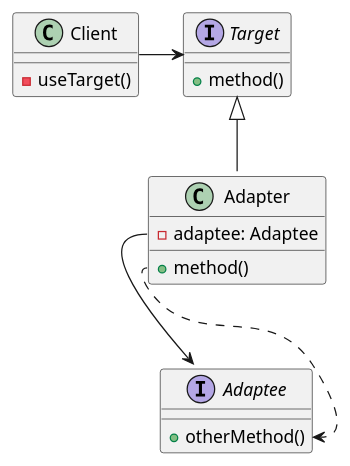
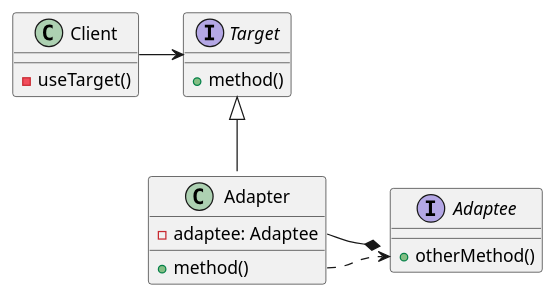
Before and after one commit to asvid/asvid.github.io: the diagram in _drafts/2021-06-15-kotlin-adapter-pattern.md, drawn with PlantUML. The commit also changed other lines of this file and 1 other file, not shown here.

```diff
--- a/_drafts/2021-06-15-kotlin-adapter-pattern.md
+++ b/_drafts/2021-06-15-kotlin-adapter-pattern.md
@@ -32,23 +33,23 @@
 {% plantuml %}
 @startuml
 skinparam groupComposition 1
 class Client{
 - useTarget()
 }
 interface Target{
 + method()
 }
 class Adapter extends Target{
 + method()
 - adaptee: Adaptee
 }
 interface Adaptee{
  + otherMethod() 
 }
 
-Adapter::adaptee-->Adaptee
+Adapter::adaptee -right-* Adaptee
 Client-right->Target
 Adapter::method..>Adaptee::otherMethod
 
 @enduml
 {% endplantuml %}
```
